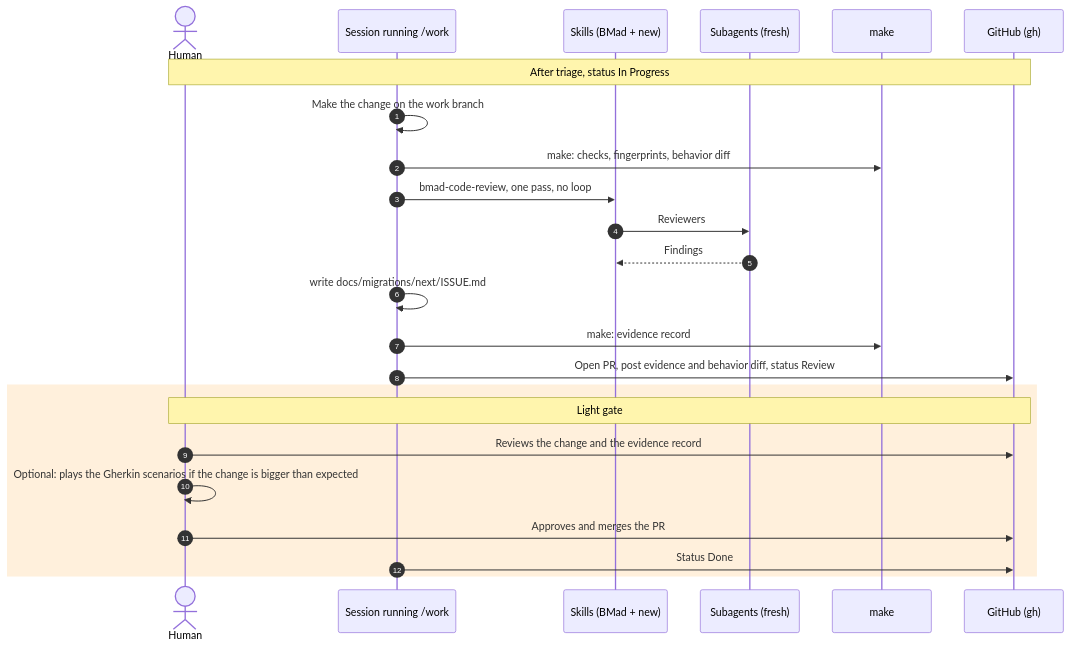
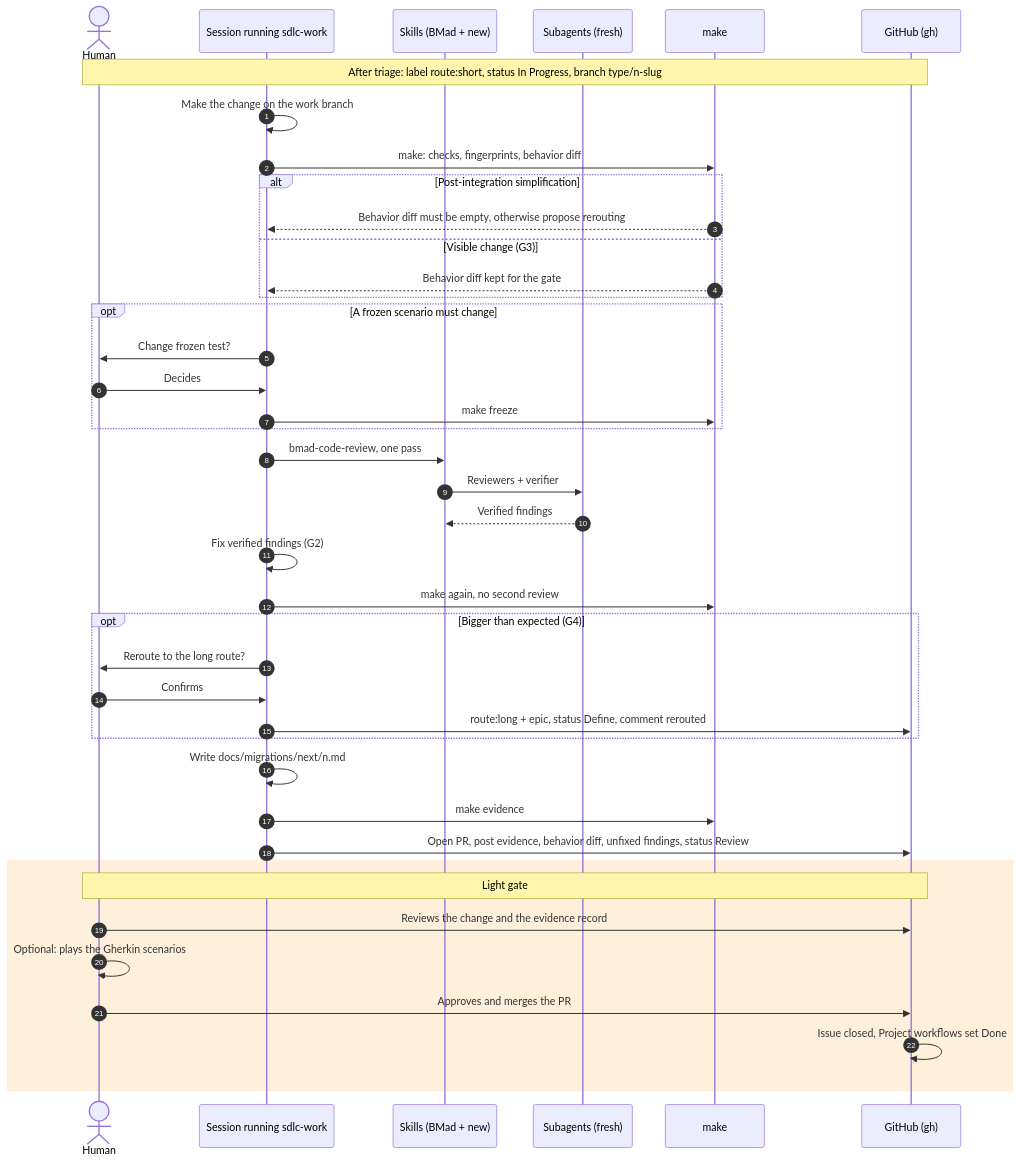
The diagram in _bmad-output/brainstorming/brainstorm-sdlc-local-workflow-2026-10-16/sequence-short-process.md (mathieubodin/scaleway-manager), drawn with Mermaid before and after one commit. The commit also changed other lines of this file and 7 other files, not shown here.

First line of the commit message:
docs(process): move corrected sequence diagrams into the brainstorm

````diff
--- a/_bmad-output/brainstorming/brainstorm-sdlc-local-workflow-2026-10-16/sequence-short-process.md
+++ b/_bmad-output/brainstorming/brainstorm-sdlc-local-workflow-2026-10-16/sequence-short-process.md
@@ -12,28 +14,45 @@
 ```mermaid
 sequenceDiagram
     autonumber
     actor H as Human
-    participant W as Session running /work
+    participant W as Session running sdlc-work
     participant K as Skills (BMad + new)
     participant A as Subagents (fresh)
     participant T as make
     participant G as GitHub (gh)
 
-    Note over H,G: After triage, status In Progress
+    Note over H,G: After triage: label route:short, status In Progress, branch type/n-slug
     W->>W: Make the change on the work branch
     W->>T: make: checks, fingerprints, behavior diff
-    W->>K: bmad-code-review, one pass, no loop
-    K->>A: Reviewers
-    A-->>K: Findings
-    W->>W: write docs/migrations/next/ISSUE.md
-    W->>T: make: evidence record
-    W->>G: Open PR, post evidence and behavior diff, status Review
+    alt Post-integration simplification
+        T-->>W: Behavior diff must be empty, otherwise propose rerouting
+    else Visible change (G3)
+        T-->>W: Behavior diff kept for the gate
+    end
+    opt A frozen scenario must change
+        W->>H: Change frozen test?
+        H->>W: Decides
+        W->>T: make freeze
+    end
+    W->>K: bmad-code-review, one pass
+    K->>A: Reviewers + verifier
+    A-->>K: Verified findings
+    W->>W: Fix verified findings (G2)
+    W->>T: make again, no second review
+    opt Bigger than expected (G4)
+        W->>H: Reroute to the long route?
+        H->>W: Confirms
+        W->>G: route:long + epic, status Define, comment rerouted
+    end
+    W->>W: Write docs/migrations/next/n.md
+    W->>T: make evidence
+    W->>G: Open PR, post evidence, behavior diff, unfixed findings, status Review
 
     rect rgba(255, 180, 80, 0.2)
     Note over H,G: Light gate
     H->>G: Reviews the change and the evidence record
-    H->>H: Optional: plays the Gherkin scenarios if the change is bigger than expected
+    H->>H: Optional: plays the Gherkin scenarios
     H->>G: Approves and merges the PR
-    W->>G: Status Done
+    G->>G: Issue closed, Project workflows set Done
     end
 ```
````
